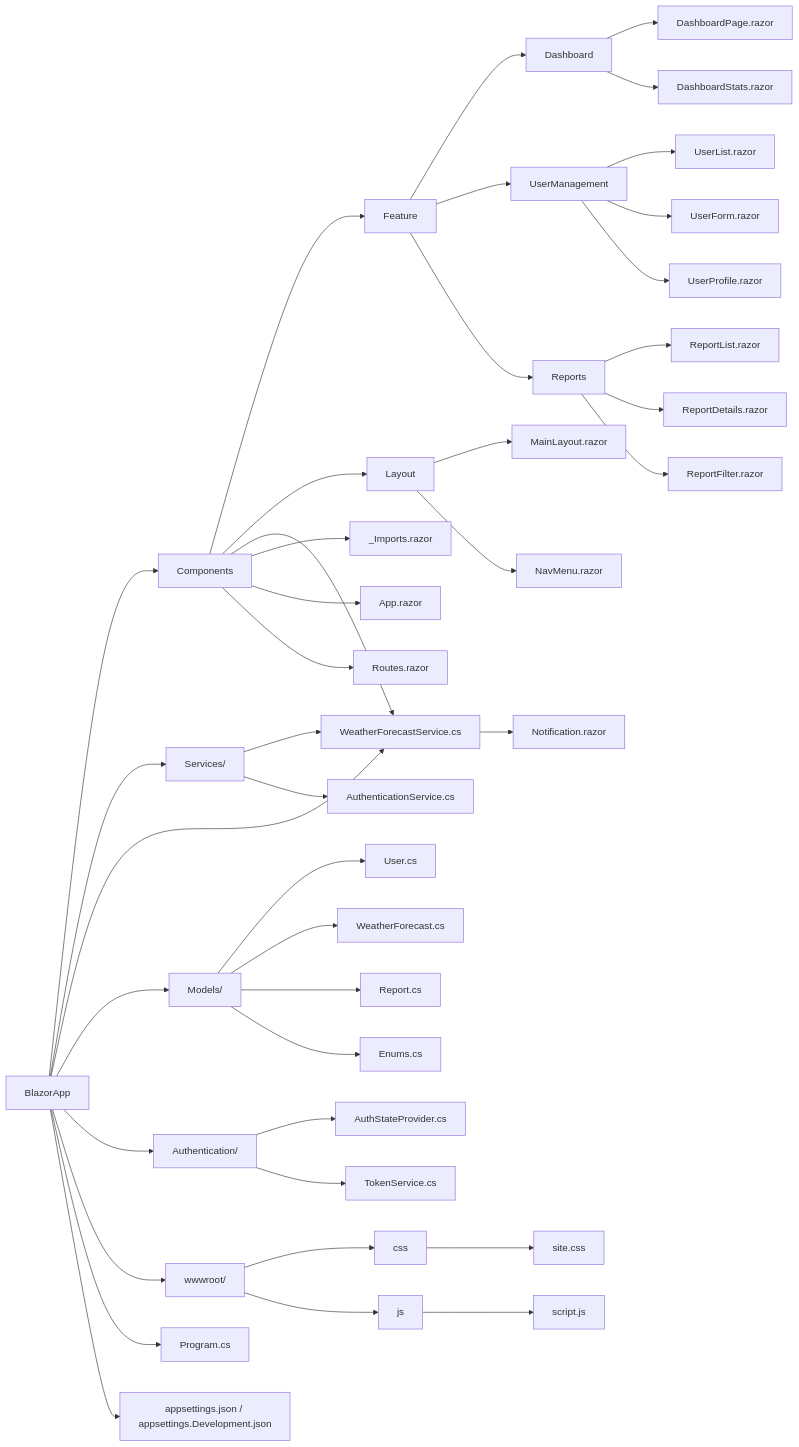
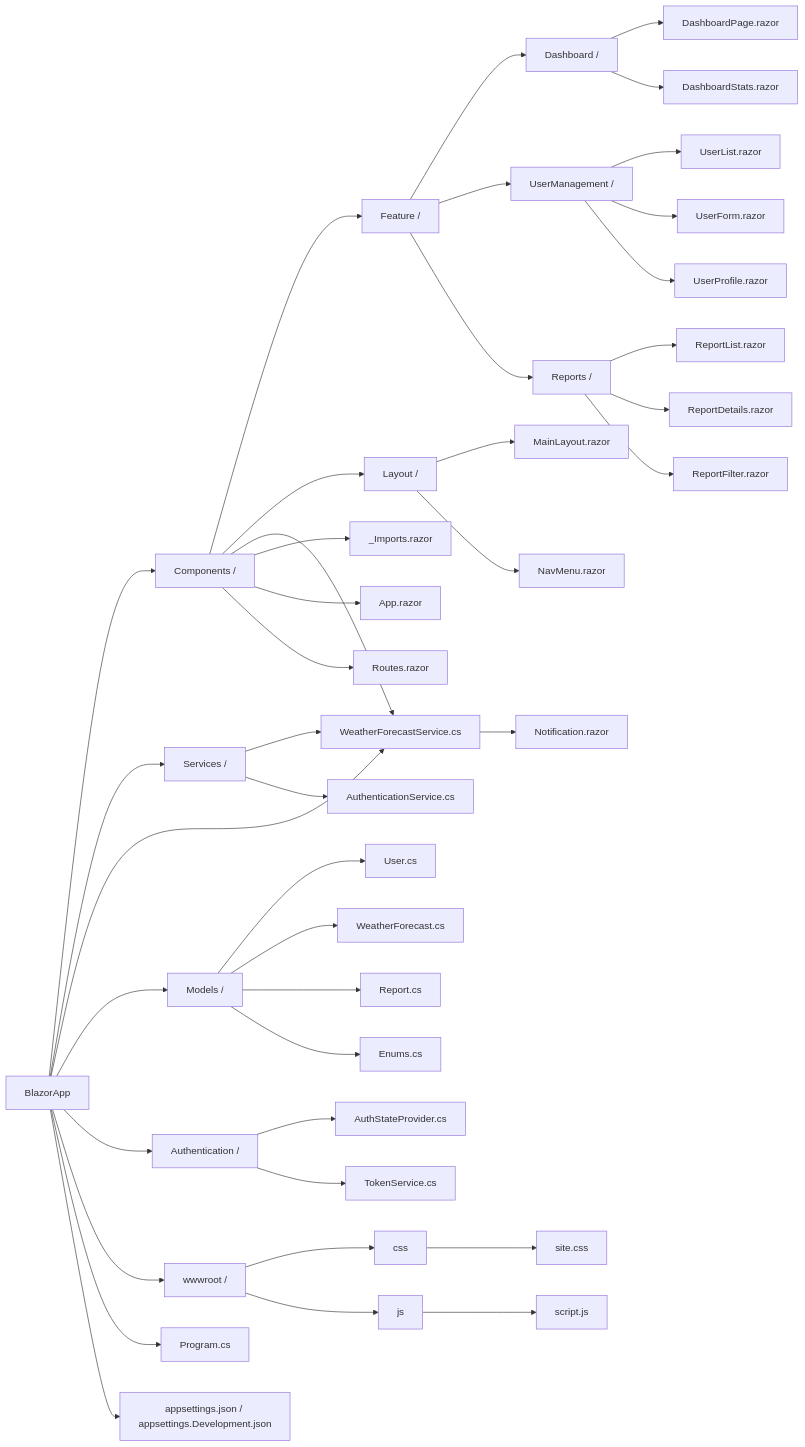
Before and after one commit to uwspstar/20-Day-Challenge-List: the diagram in C#/Blazor/Basic/Blazor file structure.md, drawn with Mermaid.

Commit message:
Update Blazor file structure.md

````diff
--- a/C#/Blazor/Basic/Blazor file structure.md
+++ b/C#/Blazor/Basic/Blazor file structure.md
@@ -224,48 +224,48 @@
 ```mermaid
 graph LR
-    A[BlazorApp] --> B[Components]
-    A --> S[Services/]
-    A --> S1[Shared/]
-    A --> M[Models/]
-    A --> AU[Authentication/]
-    A --> W[wwwroot/]
+    A[BlazorApp] --> B[Components /]
+    A --> S[Services /]
+    A --> S1[Shared /]
+    A --> M[Models /]
+    A --> AU[Authentication /]
+    A --> W[wwwroot /]
     A --> P[Program.cs]
     A --> AppSettings[appsettings.json / appsettings.Development.json]
 
-    B --> F[Feature]
-    F --> F1[Dashboard]
+    B --> F[Feature /]
+    F --> F1[Dashboard /]
     F1 --> F11[DashboardPage.razor]
     F1 --> F12[DashboardStats.razor]
-    F --> F2[UserManagement]
+    F --> F2[UserManagement /]
     F2 --> F21[UserList.razor]
     F2 --> F22[UserForm.razor]
     F2 --> F23[UserProfile.razor]
-    F --> F3[Reports]
+    F --> F3[Reports /]
     F3 --> F31[ReportList.razor]
     F3 --> F32[ReportDetails.razor]
     F3 --> F33[ReportFilter.razor]
-    B --> L[Layout]
+    B --> L[Layout /]
     L --> L1[MainLayout.razor]
     L --> L2[NavMenu.razor]
-    B --> S1[Shared]
+    B --> S1[Shared /]
     S1 --> S11[Notification.razor]
     B --> Import[_Imports.razor]
     B --> App[App.razor]
     B --> Routes[Routes.razor]
 
     S --> S1[WeatherForecastService.cs]
     S --> S2[AuthenticationService.cs]
 
     M --> M1[User.cs]
     M --> M2[WeatherForecast.cs]
     M --> M3[Report.cs]
     M --> M4[Enums.cs]
 
     AU --> AU1[AuthStateProvider.cs]
     AU --> AU2[TokenService.cs]
 
     W --> WC[css]
     WC --> WC1[site.css]
     W --> WJ[js]
     WJ --> WJ1[script.js]
 ```
````
